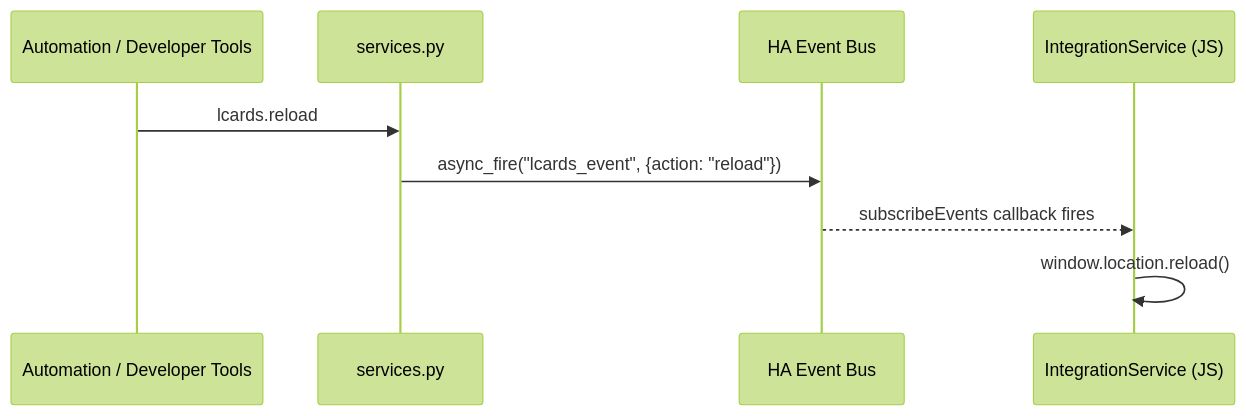
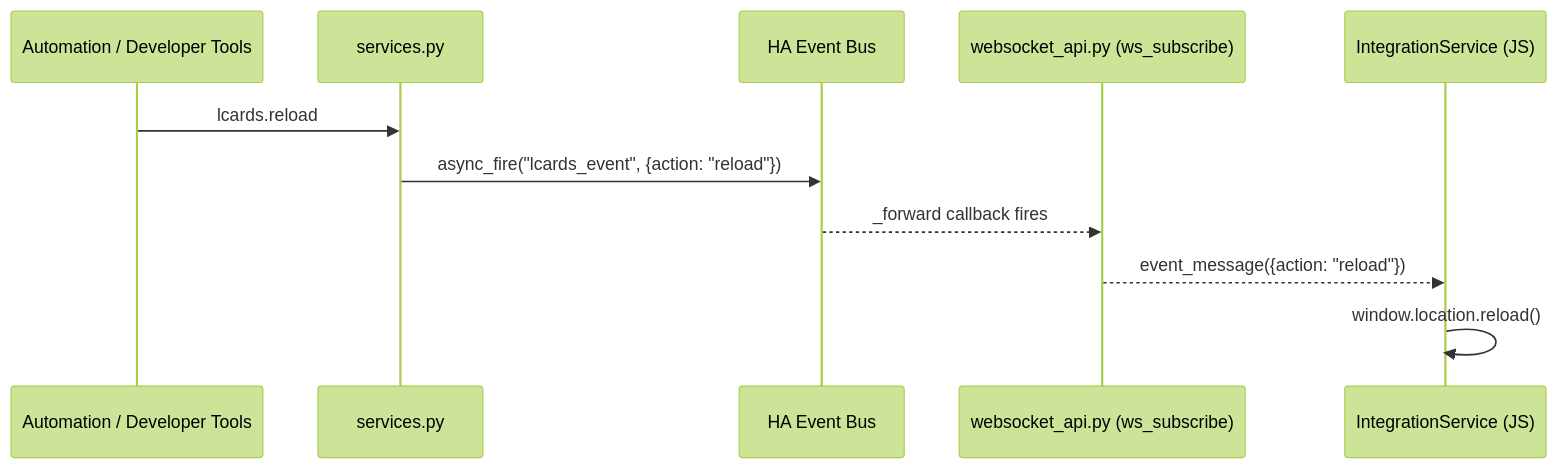
Before and after one commit to solhuebner/lcards: the second of 2 diagrams in doc/architecture/ha-integration.md, drawn with Mermaid (forest theme). The commit also changed other lines of this file and 6 other files, not shown here.

First line of the commit message:
feat(websocket): add lcards/subscribe command for non-admin push-channel subscriptions

````diff
--- a/doc/architecture/ha-integration.md
+++ b/doc/architecture/ha-integration.md
@@ -229,12 +239,14 @@
 ```mermaid
 sequenceDiagram
     participant Auto as Automation / Developer Tools
     participant PY as services.py
     participant Bus as HA Event Bus
+    participant WS as websocket_api.py (ws_subscribe)
     participant JS as IntegrationService (JS)
 
     Auto->>PY: lcards.reload
     PY->>Bus: async_fire("lcards_event", {action: "reload"})
-    Bus-->>JS: subscribeEvents callback fires
+    Bus-->>WS: _forward callback fires
+    WS-->>JS: event_message({action: "reload"})
     JS->>JS: window.location.reload()
 ```
````
